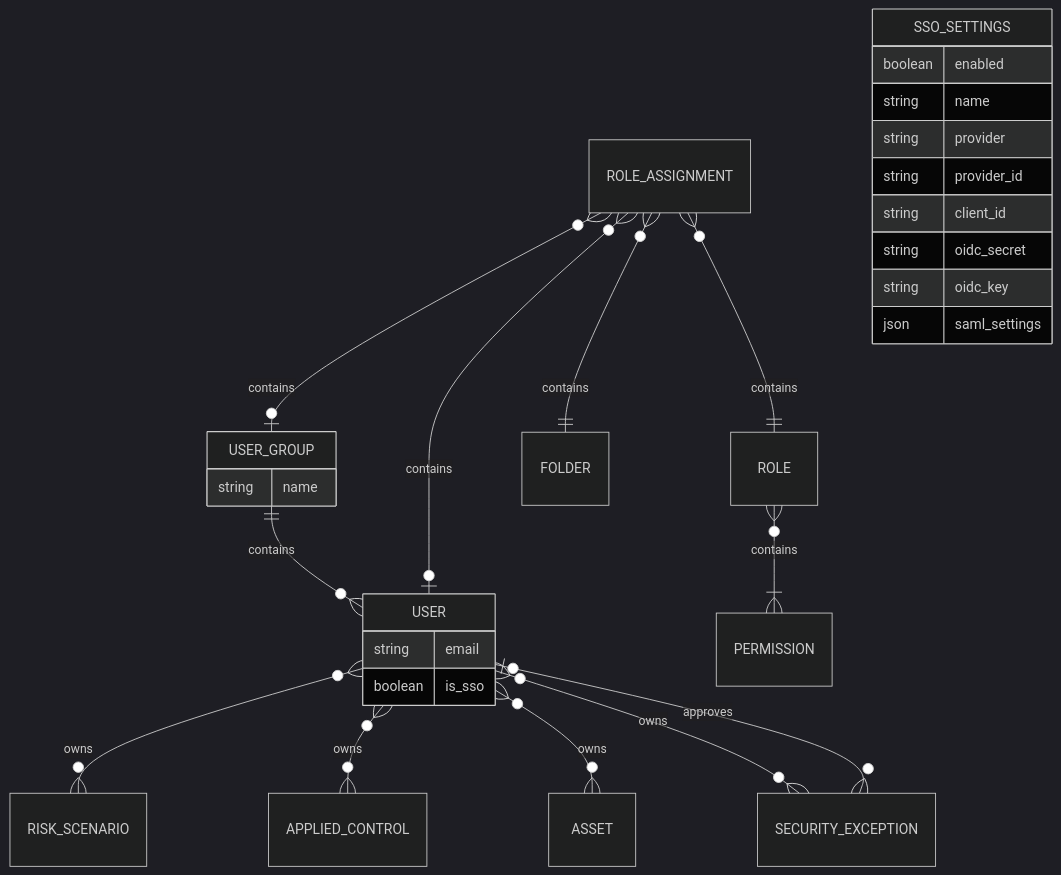
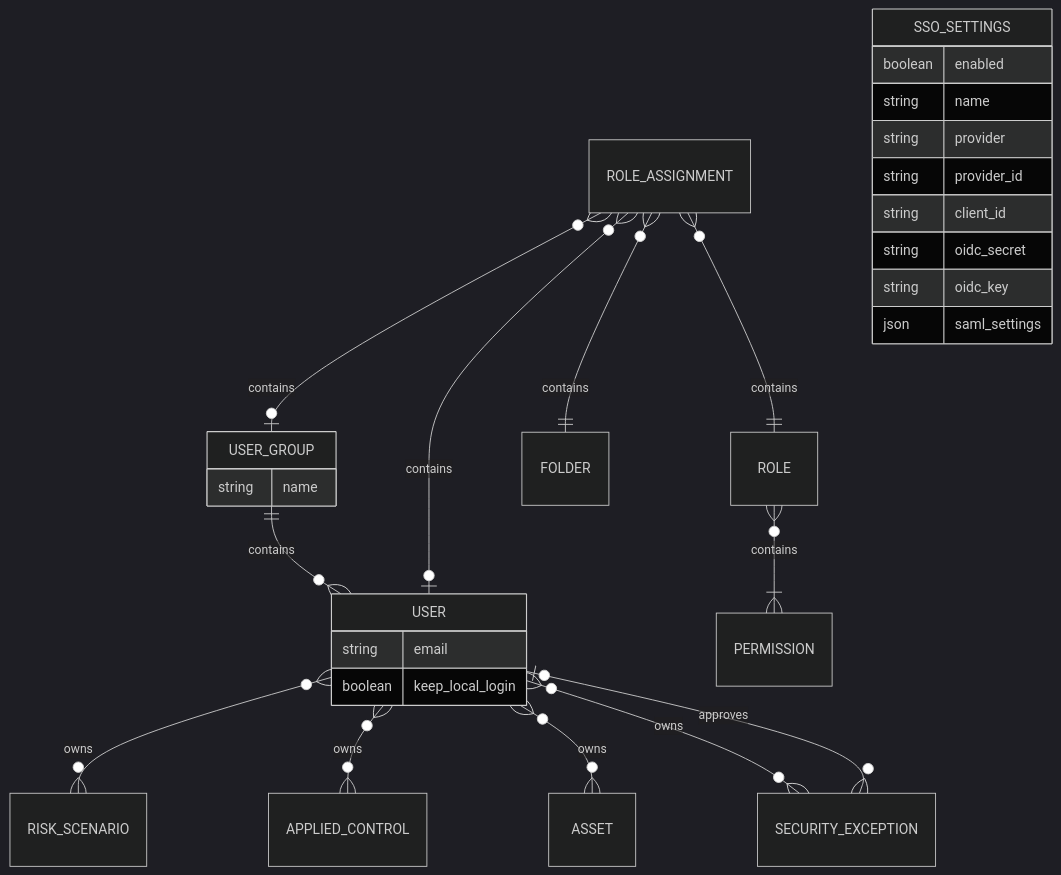
Before and after one commit to intuitem/ciso-assistant-community: the first of 13 diagrams in documentation/architecture/data-model.md, drawn with Mermaid (dark theme). The commit also changed other lines of this file and 41 other files, not shown here.

````diff
--- a/documentation/architecture/data-model.md
+++ b/documentation/architecture/data-model.md
@@ -7,37 +7,37 @@
 ```mermaid
 erDiagram
 
     USER }o--o{ RISK_SCENARIO : owns
     USER }o--o{ APPLIED_CONTROL : owns
     USER }o--o{ ASSET : owns
     USER }o--o{ SECURITY_EXCEPTION : owns
     USER |o--o{ SECURITY_EXCEPTION : approves
 
     USER_GROUP      ||--o{ USER      : contains
     ROLE            }o--|{ PERMISSION: contains
     ROLE_ASSIGNMENT }o--o| USER_GROUP: contains
     ROLE_ASSIGNMENT }o--o| USER      : contains
     ROLE_ASSIGNMENT }o--|| FOLDER    : contains
     ROLE_ASSIGNMENT }o--|| ROLE      : contains
 
     USER {
         string  email
-        boolean is_sso
+        boolean keep_local_login
     }
 
     USER_GROUP {
         string name
     }
 
     SSO_SETTINGS {
         boolean enabled
         string  name
         string  provider
         string  provider_id
         string  client_id
         string  oidc_secret
         string  oidc_key
         json    saml_settings
     }
 
 ```
````
